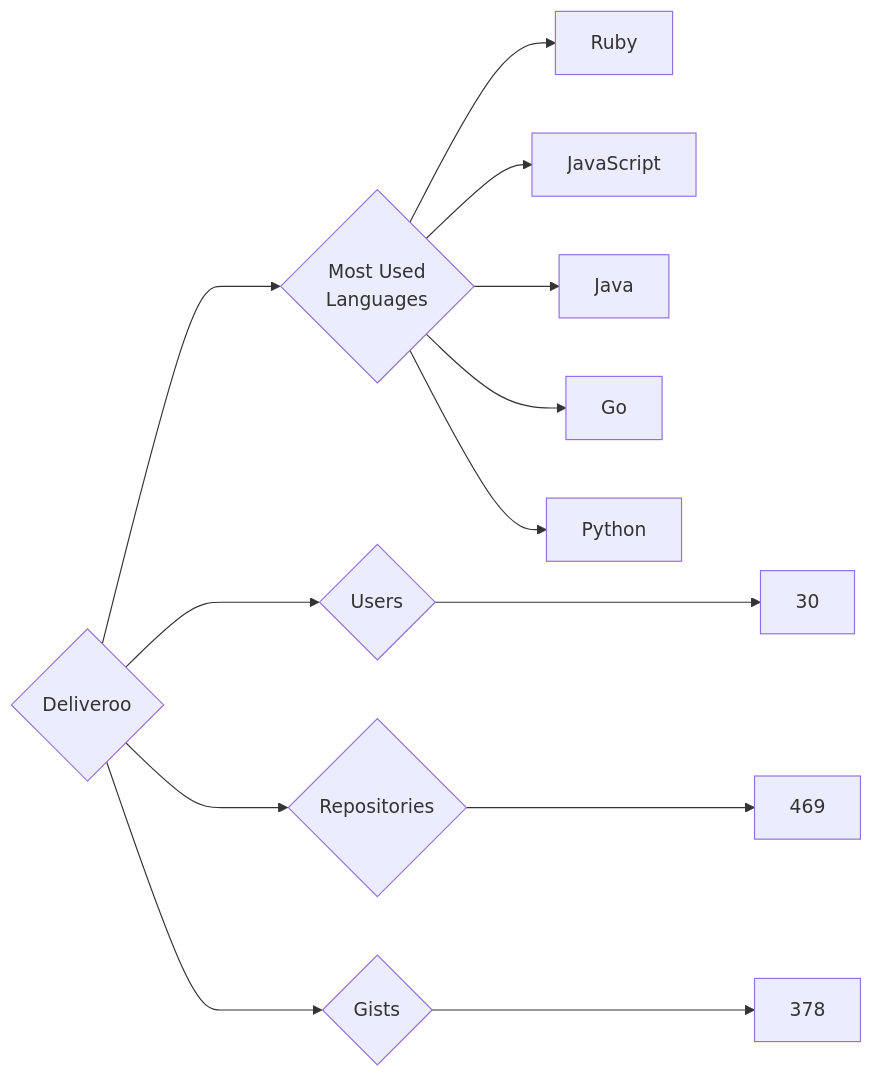
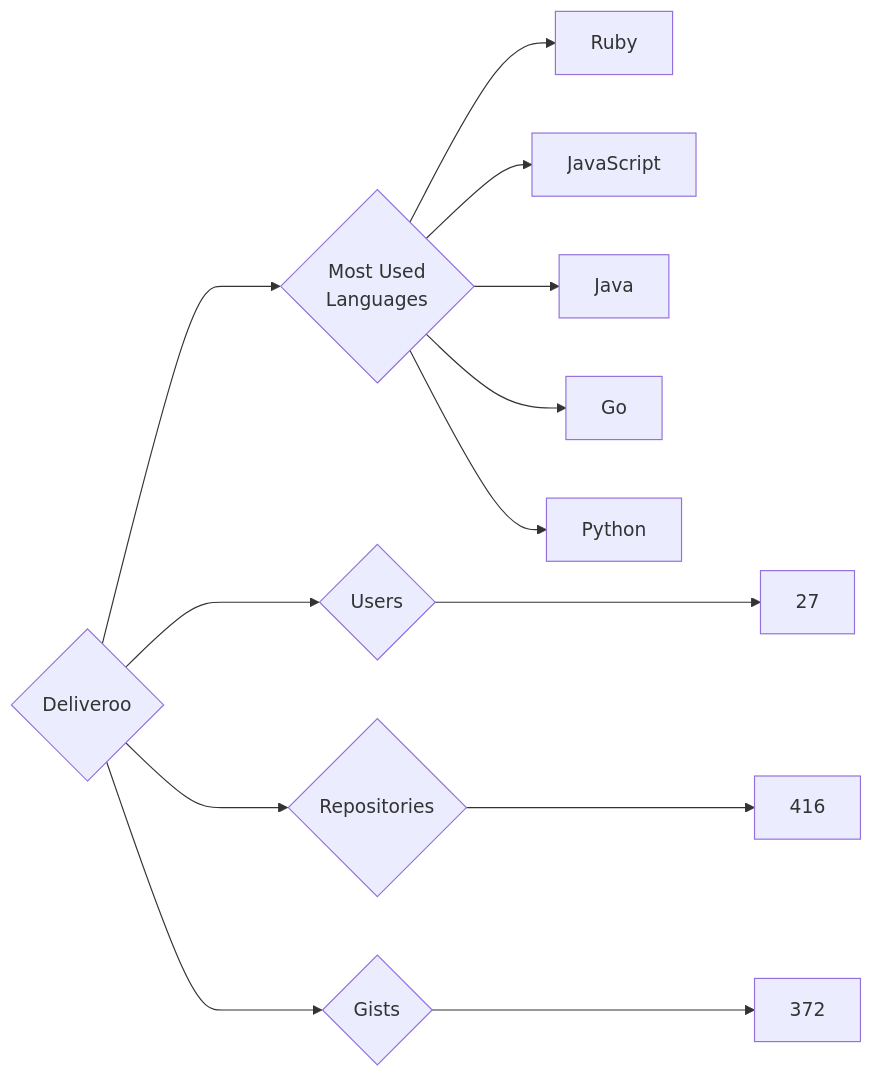
Before and after one commit to trickest/insiders: the diagram in targets/Deliveroo/README.md, drawn with Mermaid. The commit also changed 777 other files, not shown here.

````diff
--- a/targets/Deliveroo/README.md
+++ b/targets/Deliveroo/README.md
@@ -3,13 +3,13 @@
 ```mermaid
 graph LR
 COMPANY_NAME{Deliveroo}
-COMPANY_NAME ---> U{Users} ---> UN[30]
-COMPANY_NAME ---> R{Repositories} ---> RN[469]
-COMPANY_NAME ---> G{Gists} ---> GN[378]
+COMPANY_NAME ---> U{Users} ---> UN[27]
+COMPANY_NAME ---> R{Repositories} ---> RN[416]
+COMPANY_NAME ---> G{Gists} ---> GN[372]
 COMPANY_NAME ---> ML{Most Used<br>Languages}
 ML --> Ruby[Ruby]
 ML --> JavaScript[JavaScript]
 ML --> Java[Java]
 ML --> Go[Go]
 ML --> Python[Python]
 ```
````
